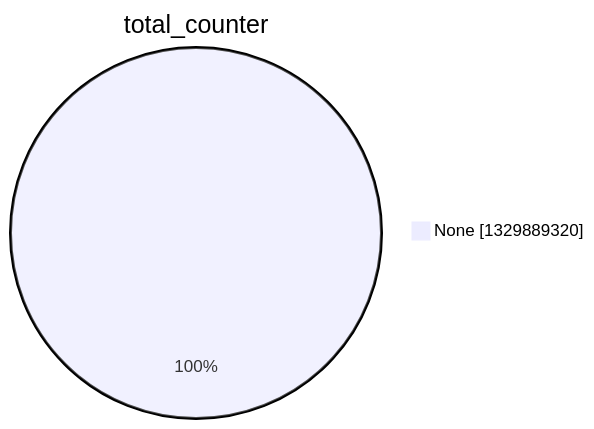
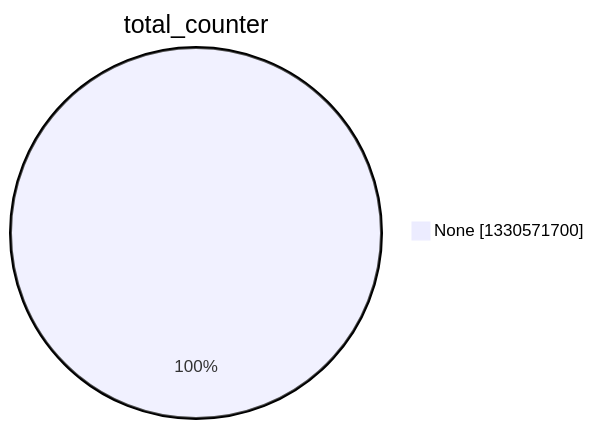
One commit to christiankrug/ctmonitor_visualization changed the second of 15 diagrams in argon2022/README.md. Above: the diagram before and after it, drawn with Mermaid. The commit also changed other lines of this file, not shown here.

````diff
--- a/argon2022/README.md
+++ b/argon2022/README.md
@@ -9,5 +9,5 @@
 ```mermaid
 pie showData
 title total_counter
-"None" :1329889320
+"None" :1330571700
 ```
````
